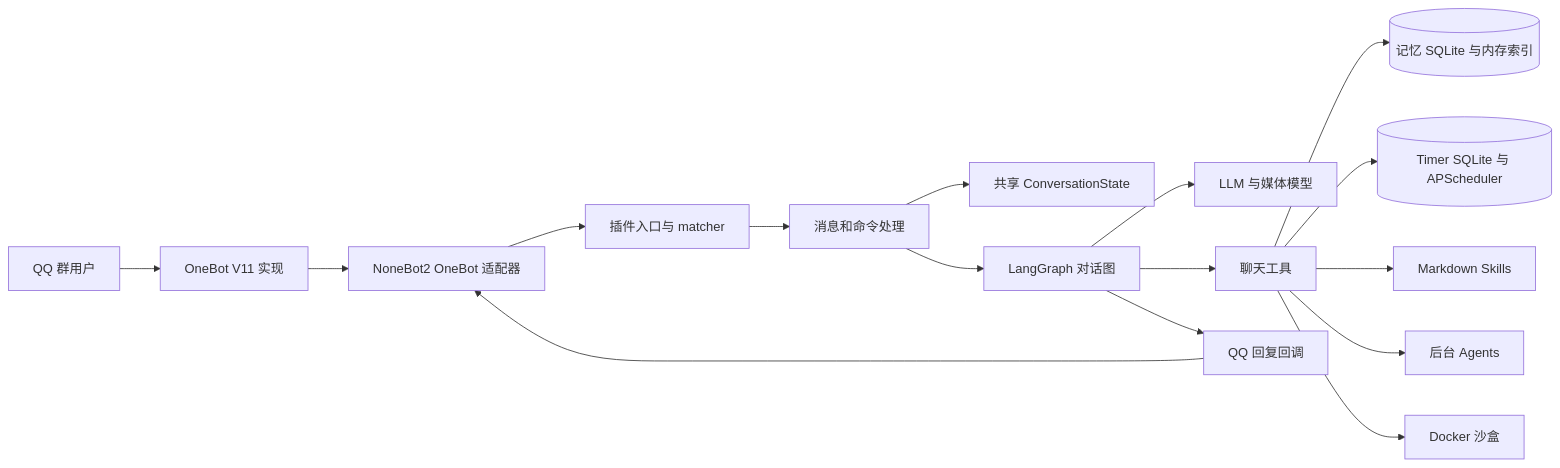
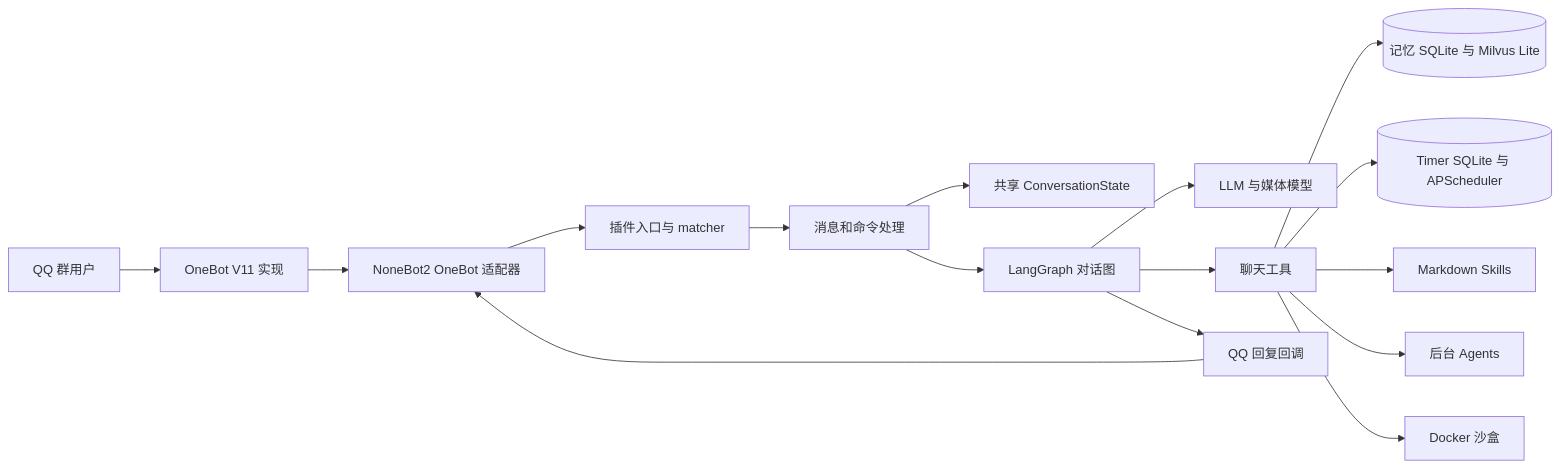
Before and after one commit to ATreep/hatsume-qq-bot: the first of 9 diagrams in docs/arch.md, drawn with Mermaid. The commit also changed other lines of this file and 29 other files, not shown here.

```diff
--- a/docs/arch.md
+++ b/docs/arch.md
@@ -9,18 +9,18 @@
 ~~~mermaid
 flowchart LR
     User[QQ 群用户] --> OB[OneBot V11 实现]
     OB --> NB[NoneBot2 OneBot 适配器]
     NB --> Entry[插件入口与 matcher]
     Entry --> Handlers[消息和命令处理]
     Handlers --> State[共享 ConversationState]
     Handlers --> Graph[LangGraph 对话图]
     Graph --> Models[LLM 与媒体模型]
     Graph --> Tools[聊天工具]
-    Tools --> Memory[(记忆 SQLite 与内存索引)]
+    Tools --> Memory[(记忆 SQLite 与 Milvus Lite)]
     Tools --> Timers[(Timer SQLite 与 APScheduler)]
     Tools --> Skills[Markdown Skills]
     Tools --> Agents[后台 Agents]
     Tools --> Sandbox[Docker 沙盒]
     Graph --> Send[QQ 回复回调]
     Send --> NB
 ~~~
```
